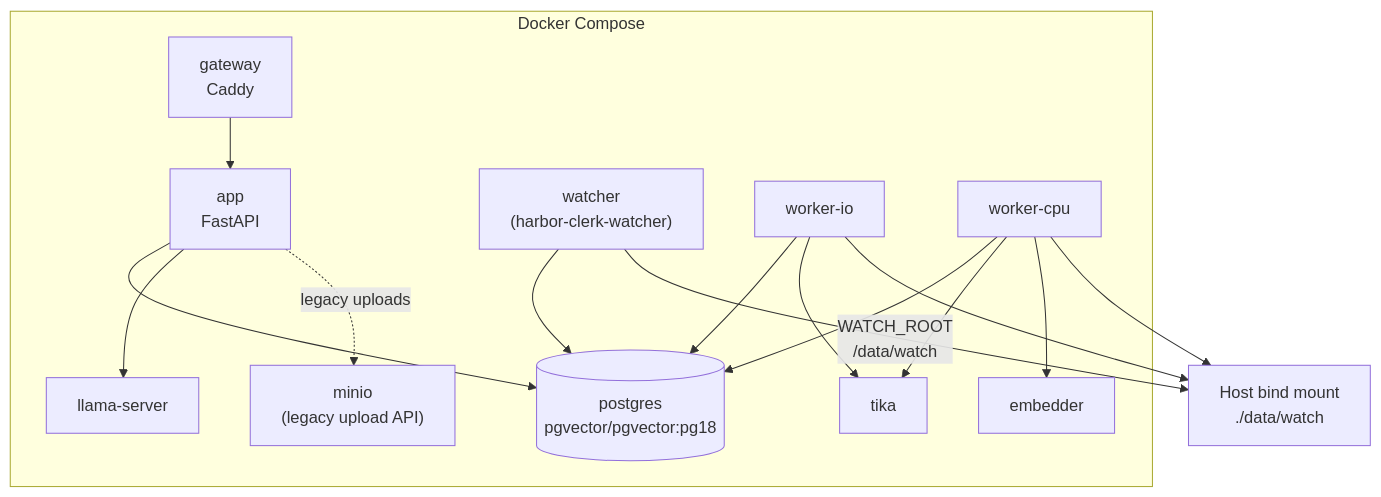
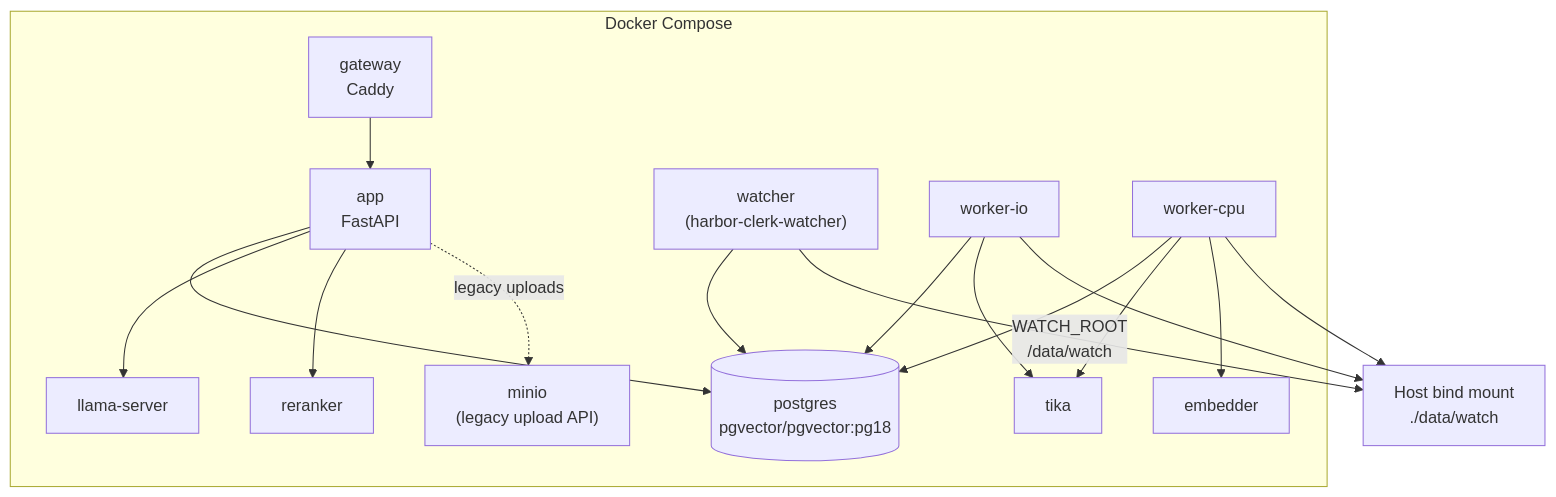
One commit to r0shi/harborclerk changed the fourth of 7 diagrams in docs/architecture.md. Above: the diagram before and after it, drawn with Mermaid. The commit also changed other lines of this file and 3 other files, not shown here.

Commit message:
docs: promote CLI, reframe as watched-folder-first, refresh architecture (#413)

````diff
--- a/docs/architecture.md
+++ b/docs/architecture.md
@@ -113,27 +135,28 @@
 ```mermaid
 graph TB
     subgraph docker["Docker Compose"]
         gw["gateway<br/>Caddy"]
         app["app<br/>FastAPI"]
         watcher["watcher<br/>(harbor-clerk-watcher)"]
         wio["worker-io"]
         wcpu["worker-cpu"]
         emb["embedder"]
+        rerank["reranker"]
         pg[("postgres<br/>pgvector/pgvector:pg18")]
         minio["minio<br/>(legacy upload API)"]
         tika["tika"]
         llama["llama-server"]
     end
 
     host_fs["Host bind mount<br/>./data/watch"]
 
     gw --> app
-    app --> pg & llama
+    app --> pg & llama & rerank
     app -. "legacy uploads" .-> minio
     watcher --> pg
     watcher -- "WATCH_ROOT<br/>/data/watch" --> host_fs
     wio --> pg & tika
     wio --> host_fs
     wcpu --> pg & tika & emb
     wcpu --> host_fs
 ```
````
